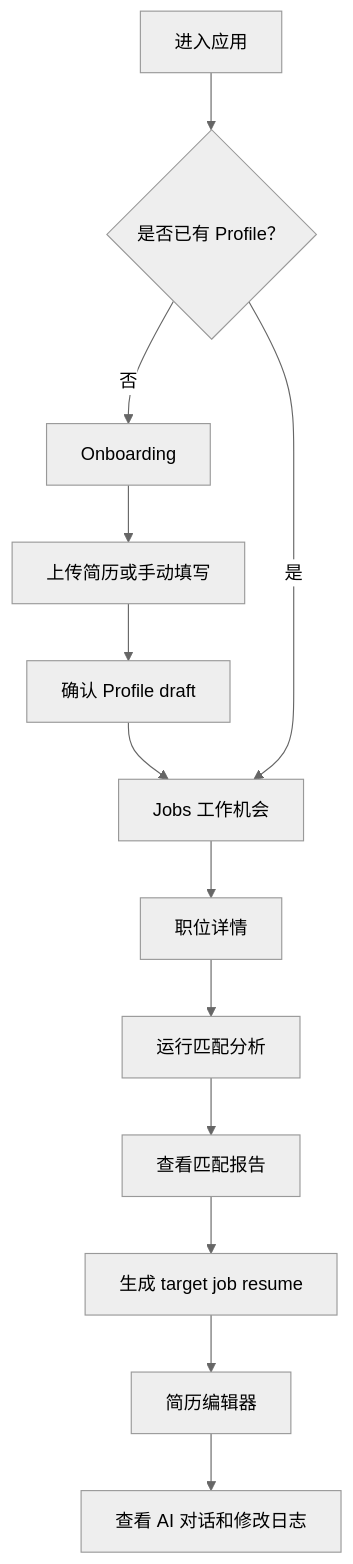
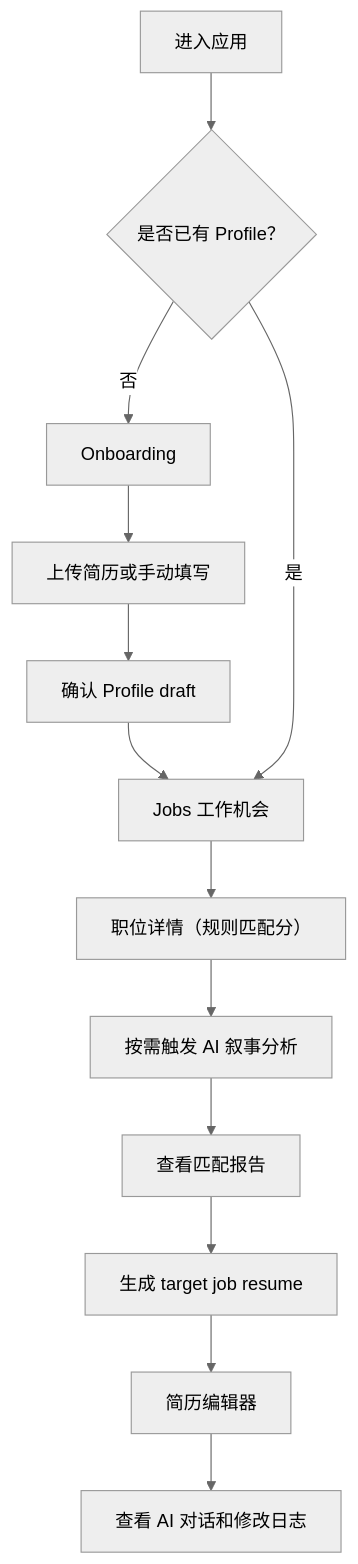
Before and after one commit to baishiup/career-workbench: the second of 2 diagrams in docs/product.md, drawn with Mermaid (neutral theme). The commit also changed other lines of this file and 95 other files, not shown here.

````diff
--- a/docs/product.md
+++ b/docs/product.md
@@ -56,15 +54,15 @@
 ```mermaid
 flowchart TD
   Start["进入应用"] --> HasProfile{"是否已有 Profile？"}
   HasProfile -- "否" --> Onboarding["Onboarding"]
   Onboarding --> Upload["上传简历或手动填写"]
   Upload --> Confirm["确认 Profile draft"]
   Confirm --> Jobs["Jobs 工作机会"]
   HasProfile -- "是" --> Jobs
-  Jobs --> JobDetail["职位详情"]
-  JobDetail --> Match["运行匹配分析"]
+  Jobs --> JobDetail["职位详情（规则匹配分）"]
+  JobDetail --> Match["按需触发 AI 叙事分析"]
   Match --> Report["查看匹配报告"]
   Report --> Generate["生成 target job resume"]
   Generate --> Editor["简历编辑器"]
   Editor --> Trace["查看 AI 对话和修改日志"]
 ```
````
